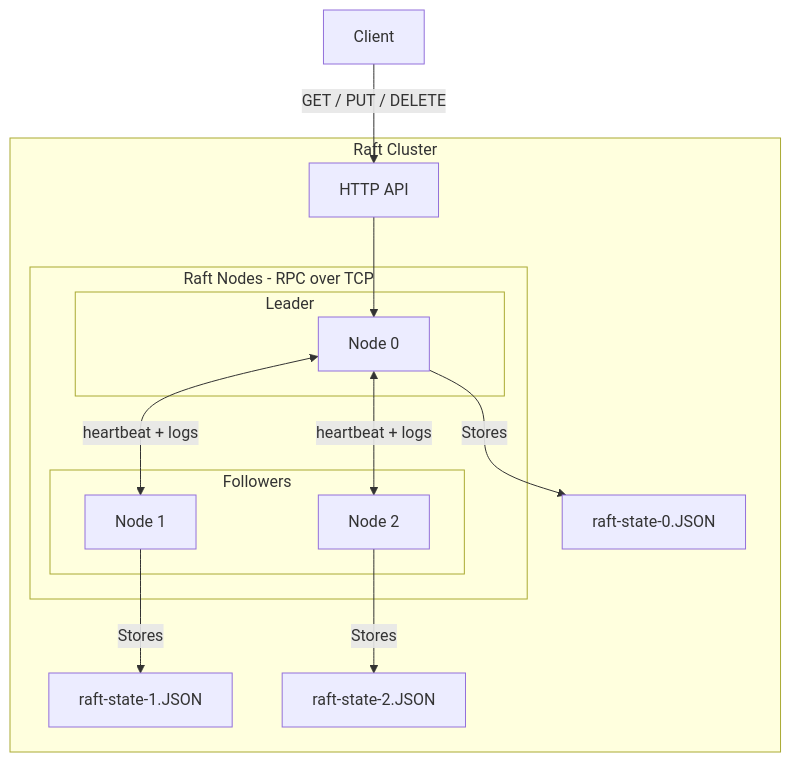
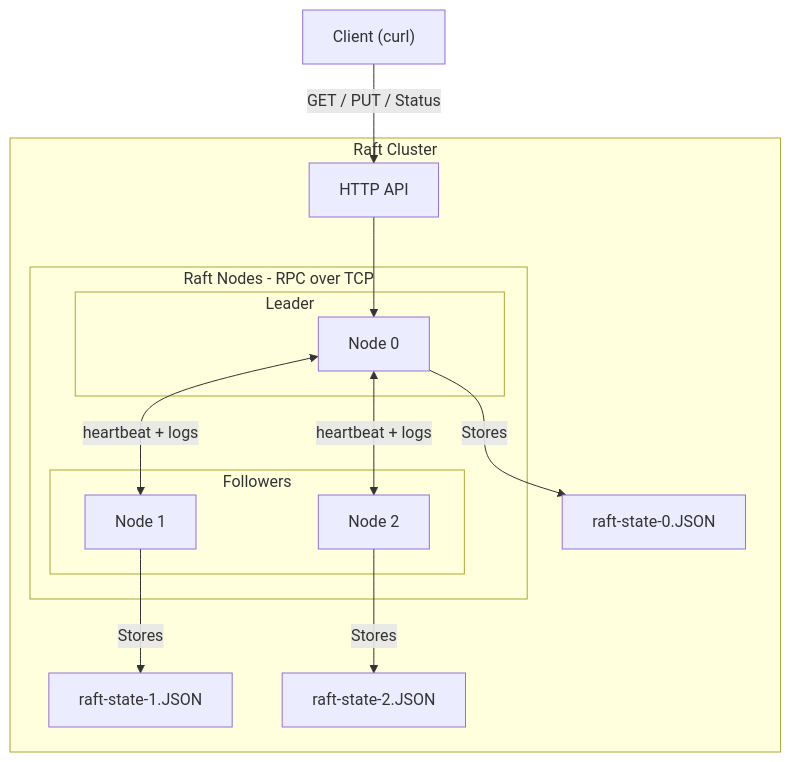
Before and after one commit to J-Hwang7/raft-kv: the diagram in README.md, drawn with Mermaid.

````diff
--- a/README.md
+++ b/README.md
@@ -42,32 +42,32 @@
 ```mermaid
 flowchart TB
-    Client["Client"]
+    Client["Client (curl)"]
 
     subgraph Cluster["Raft Cluster"]
         API["HTTP API"]
 
         subgraph Raft["Raft Nodes - RPC over TCP"]
            subgraph Leader["Leader"]
                 N0["Node 0"]
             end
             subgraph Follower["Followers"]
                 N1["Node 1"]
                 N2["Node 2"]
             end
         end
 
     State0["raft-state-0.JSON"]
     State1["raft-state-1.JSON"]
     State2["raft-state-2.JSON"]
     end
 
-    Client -->|"GET / PUT / DELETE"| API
+    Client -->|"GET / PUT / Status"| API
     API --> N0
     N0 -->|"Stores"|State0
     N1 -->|"Stores"|State1
     N2 -->|"Stores"|State2
 
     N0 <-->|"heartbeat + logs"| N1
     N0 <-->|"heartbeat + logs"| N2 
 
 ```
````
